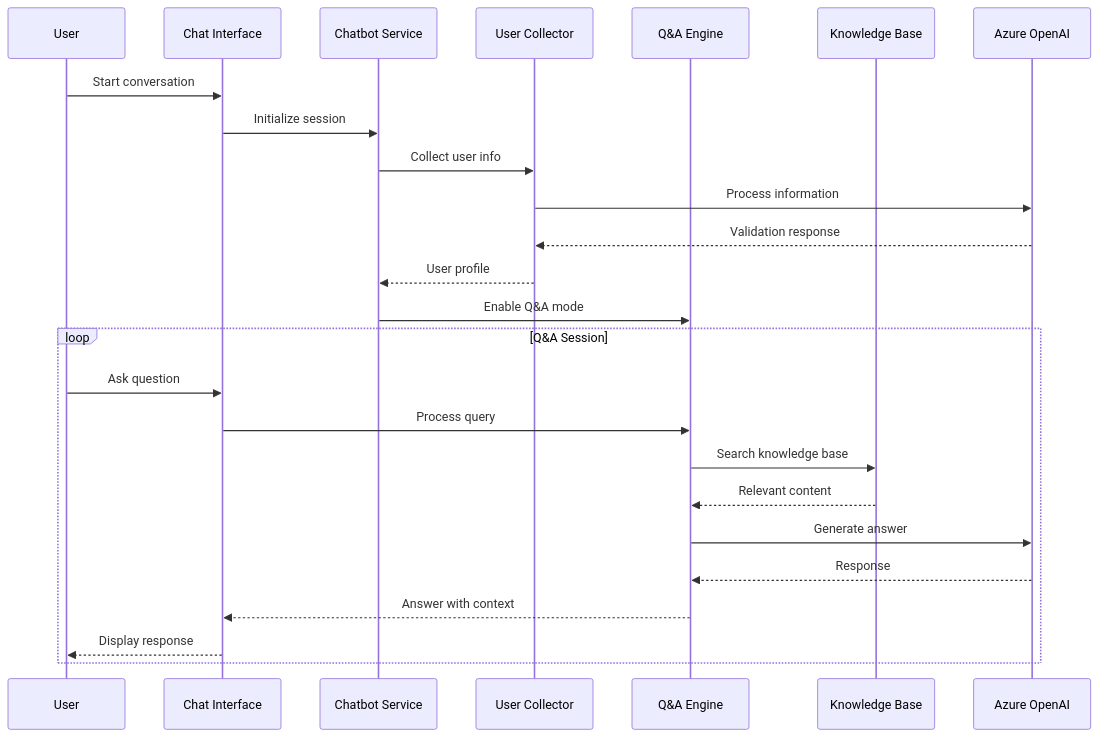
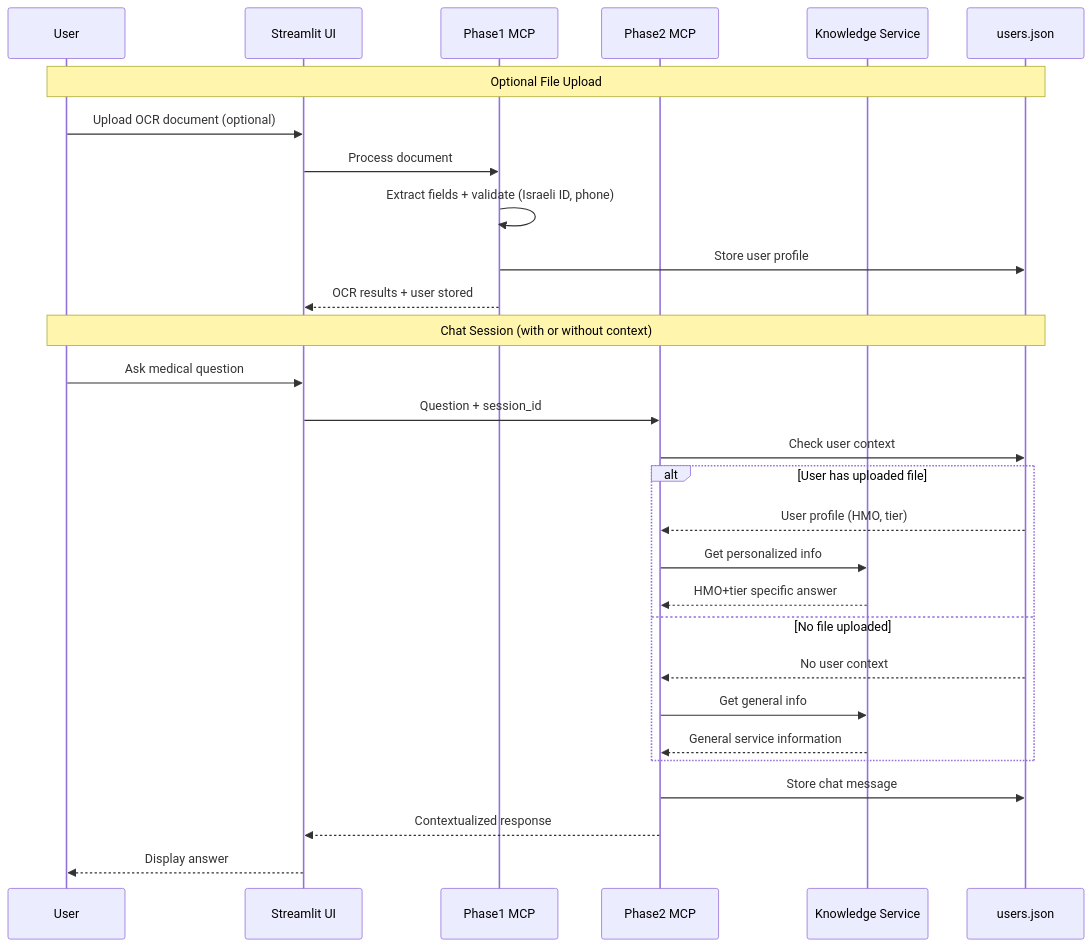
The second of 2 diagrams in submission_readme.md (LaviBenshimol/genai-ocr-chatbot), drawn with Mermaid before and after one commit. The commit also changed other lines of this file and 20 other files, not shown here.

Commit message:
added base ocr with document intelligent by microsoft. additional fallback using markitdown. before testing.

````diff
--- a/submission_readme.md
+++ b/submission_readme.md
@@ -118,29 +98,35 @@
 ```mermaid
 sequenceDiagram
     participant U as User
-    participant UI as Chat Interface
-    participant CS as Chatbot Service
-    participant UC as User Collector
-    participant QA as Q&A Engine
-    participant KB as Knowledge Base
-    participant AI as Azure OpenAI
+    participant UI as Streamlit UI
+    participant P1 as Phase1 MCP
+    participant P2 as Phase2 MCP
+    participant KS as Knowledge Service
+    participant DB as users.json
     
-    U->>UI: Start conversation
-    UI->>CS: Initialize session
-    CS->>UC: Collect user info
-    UC->>AI: Process information
-    AI-->>UC: Validation response
-    UC-->>CS: User profile
-    CS->>QA: Enable Q&A mode
+    Note over U,DB: Optional File Upload
+    U->>UI: Upload OCR document (optional)
+    UI->>P1: Process document
+    P1->>P1: Extract fields + validate (Israeli ID, phone)
+    P1->>DB: Store user profile
+    P1-->>UI: OCR results + user stored
     
-    loop Q&A Session
-        U->>UI: Ask question
-        UI->>QA: Process query
-        QA->>KB: Search knowledge base
-        KB-->>QA: Relevant content
-        QA->>AI: Generate answer
-        AI-->>QA: Response
-        QA-->>UI: Answer with context
-        UI-->>U: Display response
+    Note over U,DB: Chat Session (with or without context)
+    U->>UI: Ask medical question
+    UI->>P2: Question + session_id
+    P2->>DB: Check user context
+    
+    alt User has uploaded file
+        DB-->>P2: User profile (HMO, tier)
+        P2->>KS: Get personalized info
+        KS-->>P2: HMO+tier specific answer
+    else No file uploaded
+        DB-->>P2: No user context
+        P2->>KS: Get general info  
+        KS-->>P2: General service information
     end
+    
+    P2->>DB: Store chat message
+    P2-->>UI: Contextualized response
+    UI-->>U: Display answer
 ```
````
